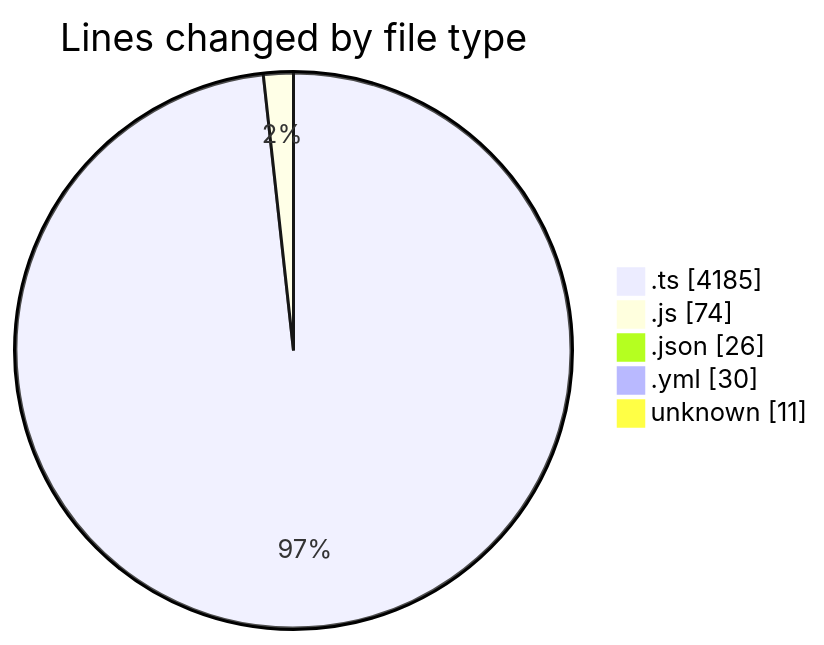
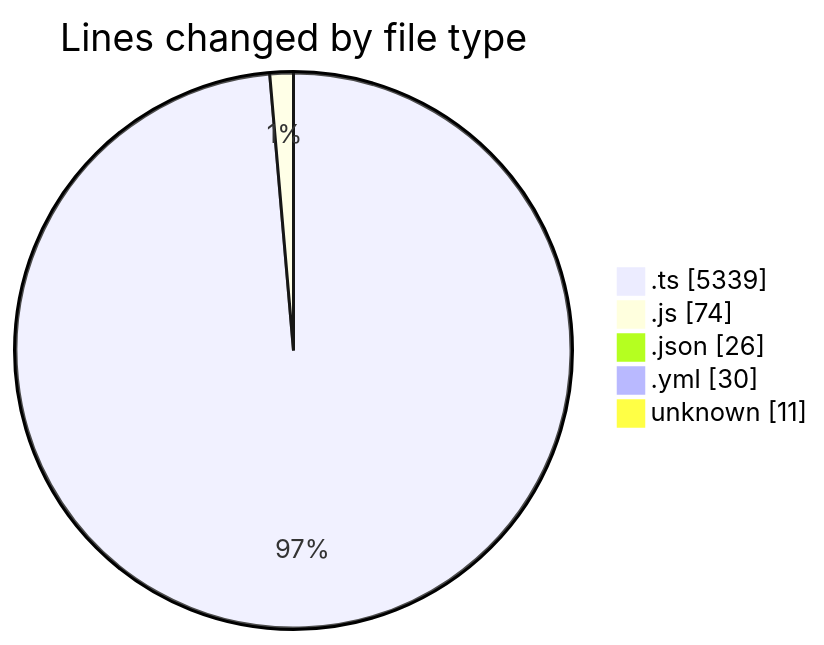
Before and after one commit to tmsrecording-cyber/code-tracking: the first of 2 diagrams in 2026-02-07/singularitybrainai/README.md, drawn with Mermaid. The commit also changed other lines of this file and 1 other file, not shown here.

````diff
--- a/2026-02-07/singularitybrainai/README.md
+++ b/2026-02-07/singularitybrainai/README.md
@@ -36,9 +36,9 @@
 ```mermaid
 pie showData
 title Lines changed by file type
-".ts" : 4185
+".ts" : 5339
 ".js" : 74
 ".json" : 26
 ".yml" : 30
 "unknown" : 11
 ```
````
